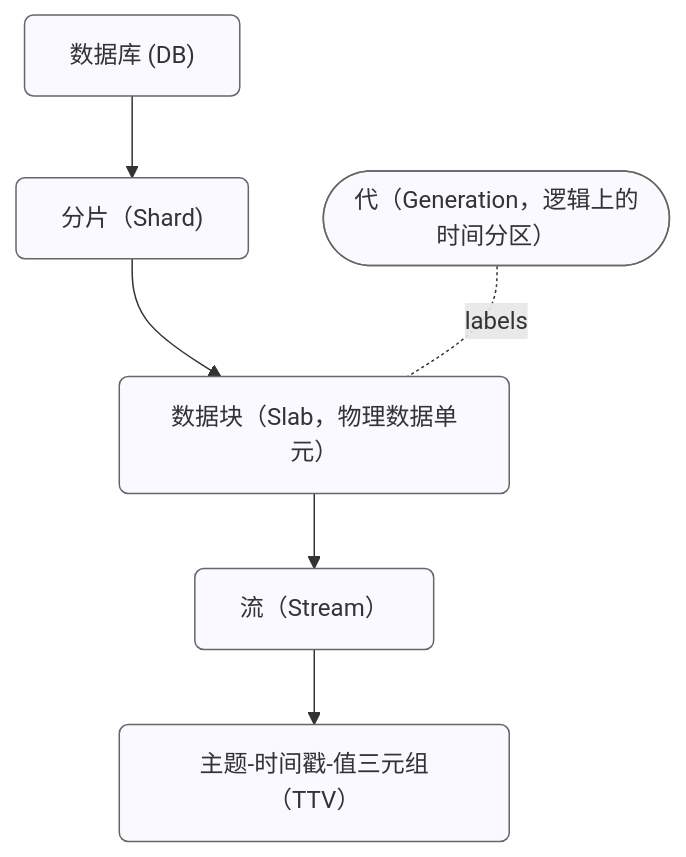
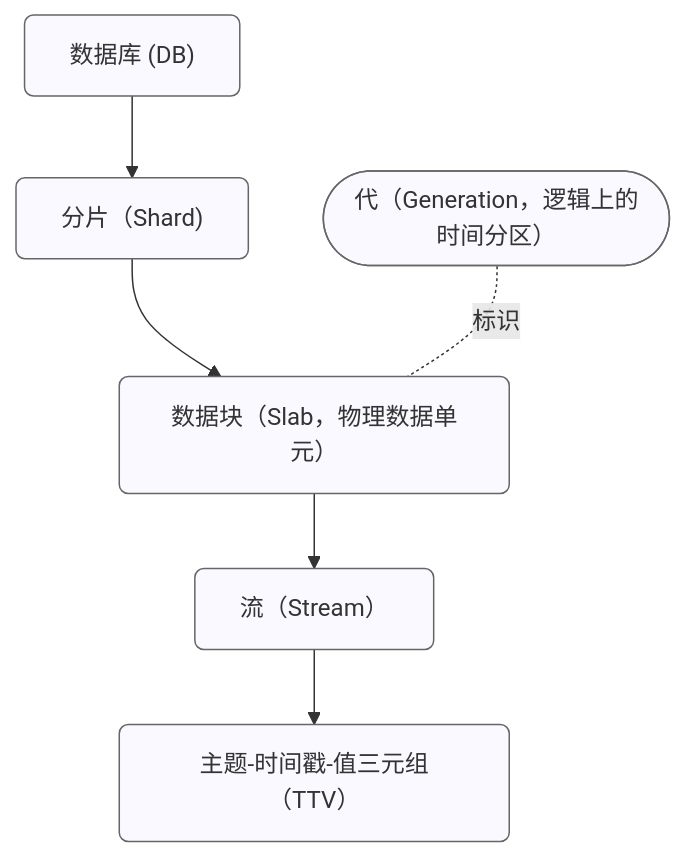
Before and after one commit to emqx/emqx-docs: the diagram in zh_CN/design/durable-storage.md, drawn with Mermaid. The commit also changed other lines of this file and 3 other files, not shown here.

````diff
--- a/zh_CN/design/durable-storage.md
+++ b/zh_CN/design/durable-storage.md
@@ -22,20 +22,20 @@
 ```mermaid
 flowchart TB
     %% Durable Storage Hierarchy Diagram
     DB["数据库 (DB)"]
     SH["分片（Shard)"]
     GEN(["代（Generation，逻辑上的时间分区）"])
     SL["数据块（Slab，物理数据单元）"]
     ST["流（Stream）"]
     TTV["主题-时间戳-值三元组（TTV）"]
 
     %% Main hierarchy
     DB --> SH --> SL --> ST --> TTV
 
     %% Logical relationship
-    GEN -. labels .- SL
+    GEN -. 标识 .- SL
 
     %% Styling
     classDef box fill:#f9f9ff,stroke:#666,stroke-width:1px,rx:6,ry:6;
     class DB,SH,SL,ST,TTV,GEN box;
 ```
````
